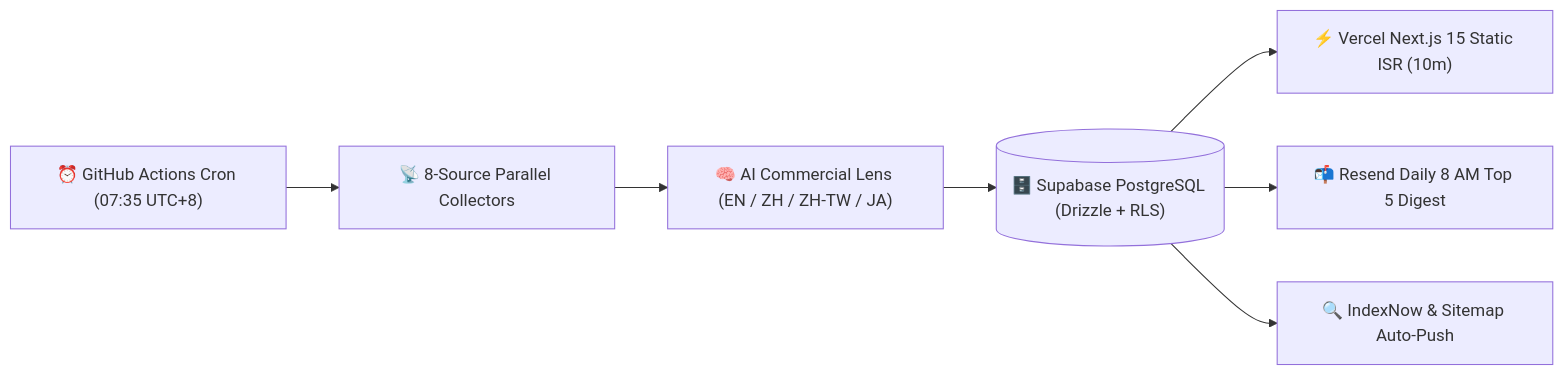
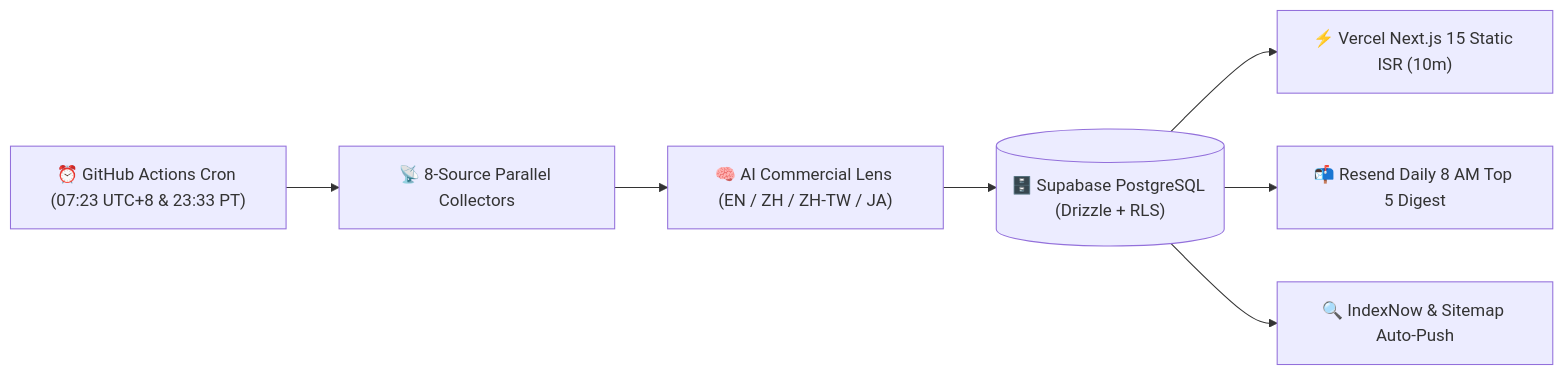
Before and after one commit to wuyexiong/ai-founder-radar: the diagram in README.md, drawn with Mermaid. The commit also changed other lines of this file and 5 other files, not shown here.

````diff
--- a/README.md
+++ b/README.md
@@ -66,9 +66,9 @@
 ```mermaid
 flowchart LR
-  Cron["⏰ GitHub Actions Cron (07:35 UTC+8)"] --> Collectors["📡 8-Source Parallel Collectors"]
+  Cron["⏰ GitHub Actions Cron (07:23 UTC+8 & 23:33 PT)"] --> Collectors["📡 8-Source Parallel Collectors"]
   Collectors --> Distiller["🧠 AI Commercial Lens (EN / ZH / ZH-TW / JA)"]
   Distiller --> DB[("🗄️ Supabase PostgreSQL (Drizzle + RLS)")]
   DB --> Web["⚡ Vercel Next.js 15 Static ISR (10m)"]
   DB --> Digest["📬 Resend Daily 8 AM Top 5 Digest"]
   DB --> SEO["🔍 IndexNow & Sitemap Auto-Push"]
 ```
````
